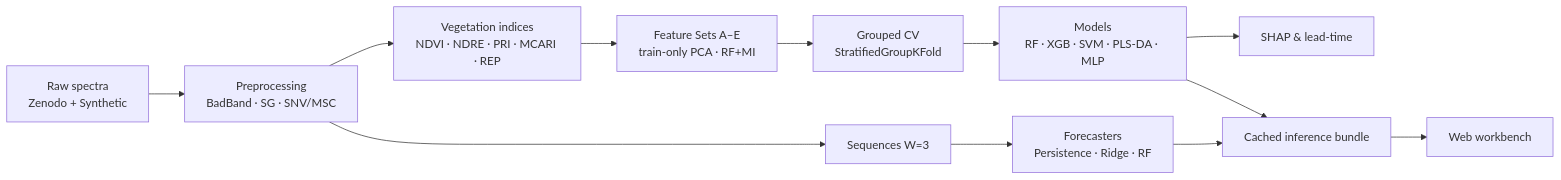
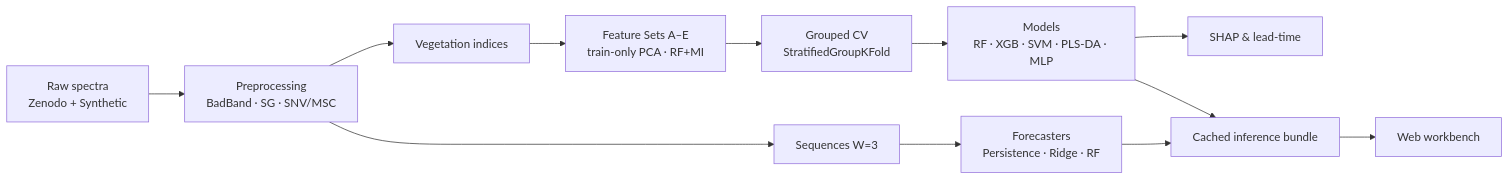
The first of 2 diagrams in README.md (Krishna8208863439/TerraSpectra-Hyperspectral-Crop-Disease-Forecasting), drawn with Mermaid before and after one commit. The commit also changed other lines of this file, not shown here.

````diff
--- a/README.md
+++ b/README.md
@@ -122,14 +139,14 @@
 ```mermaid
 flowchart LR
     A[Raw spectra<br/>Zenodo + Synthetic] --> B[Preprocessing<br/>BadBand · SG · SNV/MSC]
-    B --> C[Vegetation indices<br/>NDVI · NDRE · PRI · MCARI · REP]
+    B --> C[Vegetation indices]
     C --> D[Feature Sets A–E<br/>train-only PCA · RF+MI]
     D --> E[Grouped CV<br/>StratifiedGroupKFold]
     E --> F[Models<br/>RF · XGB · SVM · PLS-DA · MLP]
     F --> G[SHAP & lead-time]
     B --> H[Sequences W=3]
     H --> I[Forecasters<br/>Persistence · Ridge · RF]
     F --> J[Cached inference bundle]
     I --> J
     J --> K[Web workbench]
 ```
````
